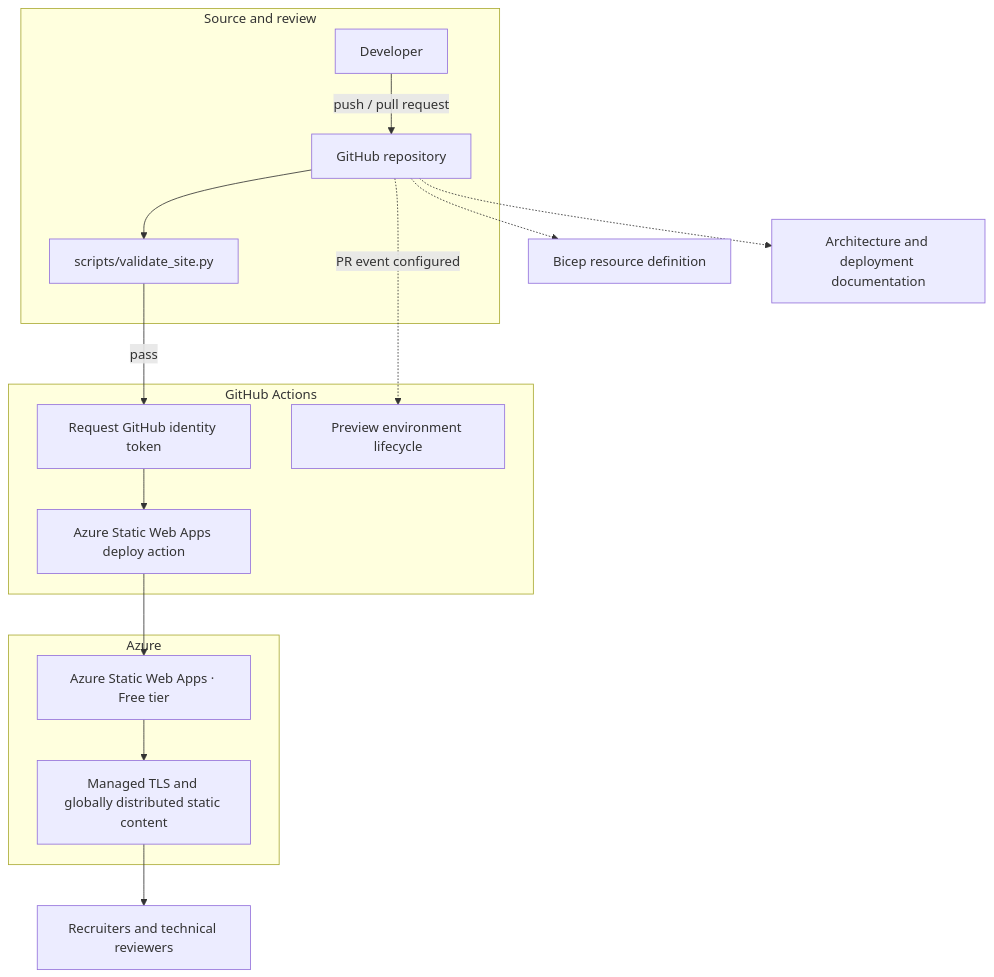
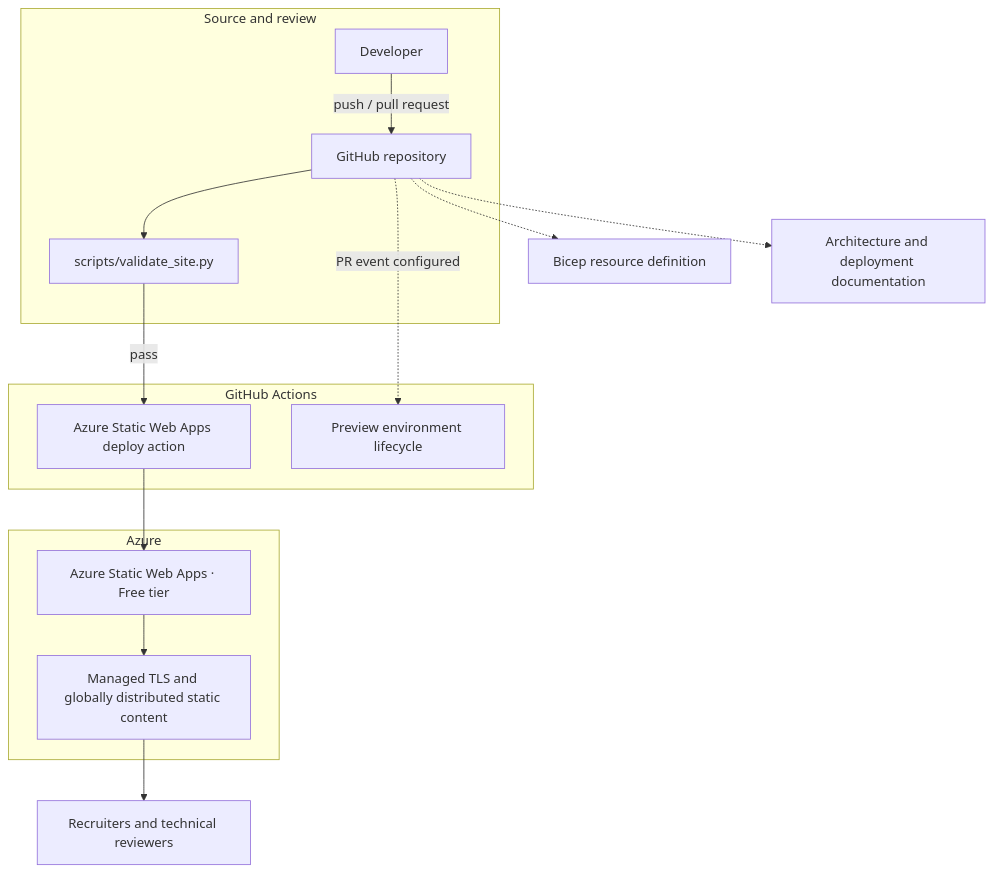
One commit to yossefseit/yossefseit.github.io changed the diagram in docs/architecture.md. Above: the diagram before and after it, drawn with Mermaid. The commit also changed other lines of this file, not shown here.

Commit message:
Align architecture with supported deployment inputs

````diff
--- a/docs/architecture.md
+++ b/docs/architecture.md
@@ -12,22 +12,21 @@
 ```mermaid
 flowchart TD
     subgraph Source["Source and review"]
         Developer["Developer"] -->|"push / pull request"| Repository["GitHub repository"]
         Repository --> Validator["scripts/validate_site.py"]
     end
 
     subgraph Delivery["GitHub Actions"]
-        Validator -->|"pass"| Identity["Request GitHub identity token"]
-        Identity --> Upload["Azure Static Web Apps deploy action"]
+        Validator -->|"pass"| Upload["Azure Static Web Apps deploy action"]
         Repository -.->|"PR event configured"| Preview["Preview environment lifecycle"]
     end
 
     subgraph Azure["Azure"]
         Upload --> SWA["Azure Static Web Apps · Free tier"]
         SWA --> Edge["Managed TLS and globally distributed static content"]
     end
 
     Edge --> Visitors["Recruiters and technical reviewers"]
     Repository -.-> IaC["Bicep resource definition"]
     Repository -.-> Runbooks["Architecture and deployment documentation"]
 ```
````
